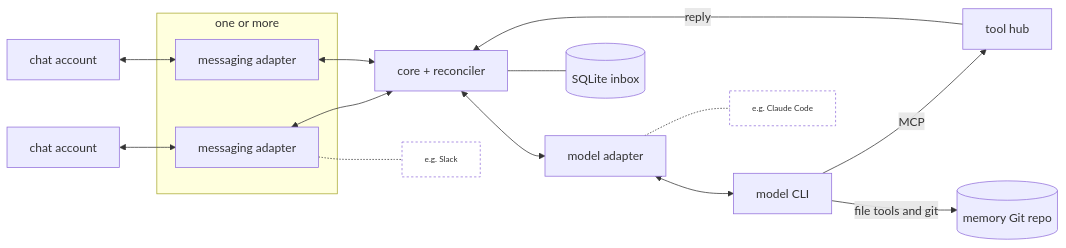
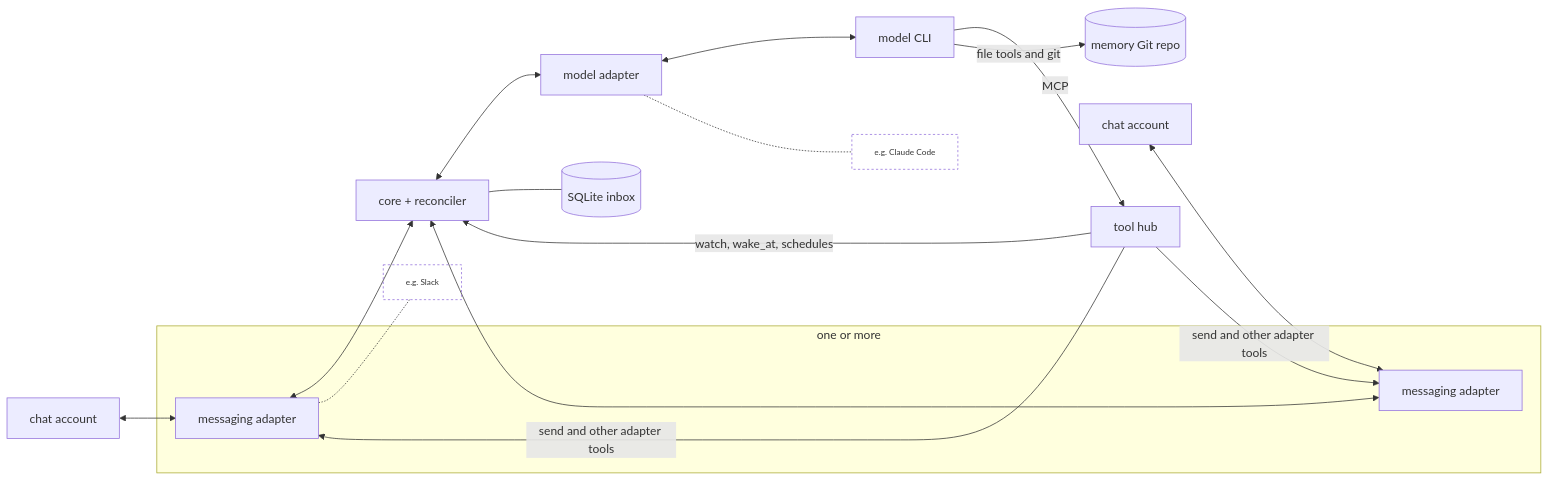
Before and after one commit to motoki317/noctiluca: the diagram in README.md, drawn with Mermaid. The commit also changed 44 other files, not shown here.

First line of the commit message:
feat(messaging): post through adapter tools

````diff
--- a/README.md
+++ b/README.md
@@ -7,17 +7,18 @@
 ```mermaid
 flowchart LR
   P1[chat account] <--> MA1
   P2[chat account] <--> MA2
   subgraph MA[one or more]
     MA1[messaging adapter]
     MA2[messaging adapter]
   end
   MA1 & MA2 <--> Core[core + reconciler] <--> Model[model adapter] <--> CLI[model CLI]
   Core --- DB[(SQLite inbox)]
   CLI -->|MCP| Hub[tool hub]
-  Hub -->|reply| Core
+  Hub -->|watch, wake_at, schedules| Core
+  Hub -->|send and other adapter tools| MA1 & MA2
   CLI -->|file tools and git| Mem[(memory Git repo)]
   MA1 -.- E1[e.g. Slack]:::example
   Model -.- E2[e.g. Claude Code]:::example
   classDef example font-size:11px,fill:none,stroke-dasharray:3 3
 ```
````
